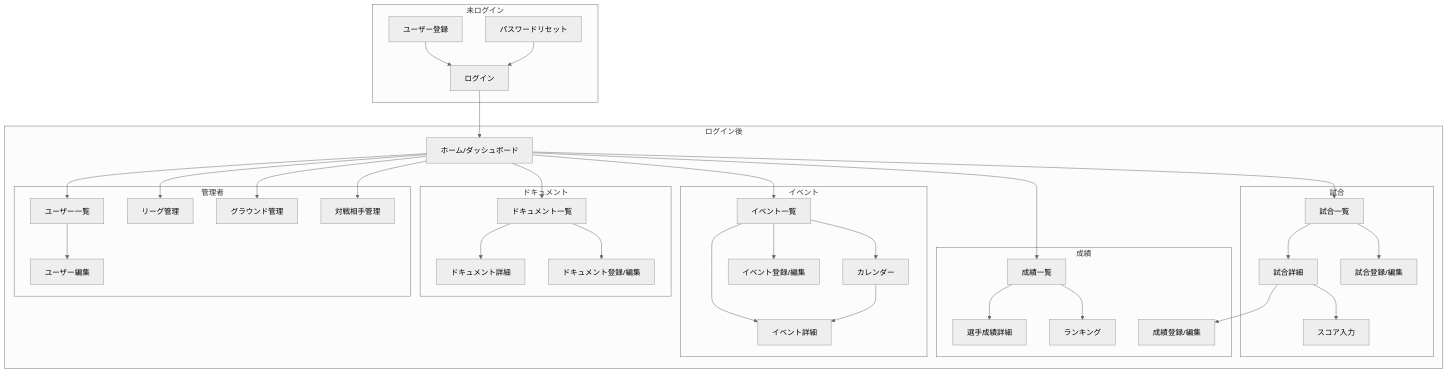
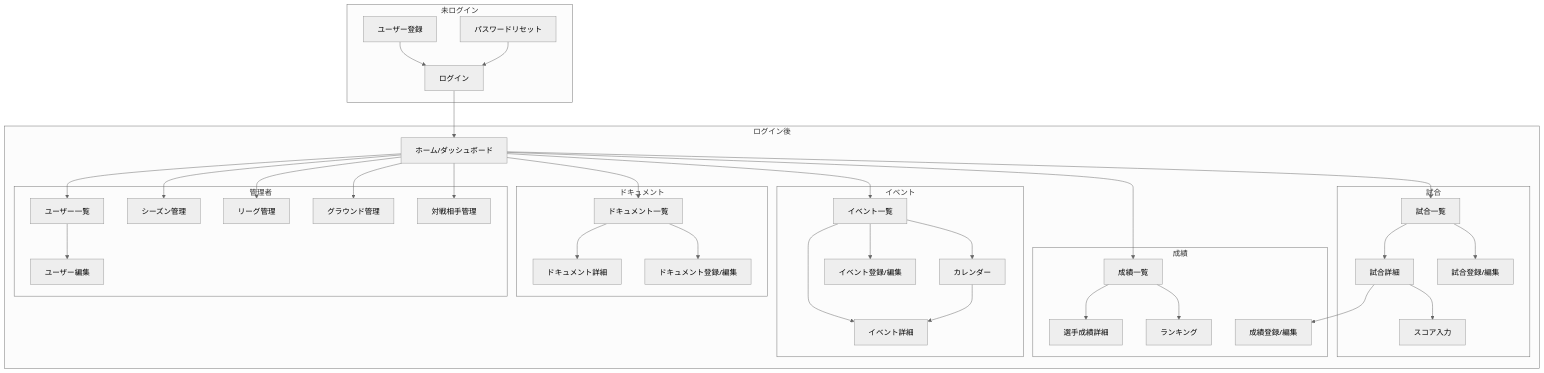
The third of 3 diagrams in docs/functional-design.md (keitaroutakahashi/albatross), drawn with Mermaid (neutral theme) before and after one commit. The commit also changed other lines of this file and 42 other files, not shown here.

````diff
--- a/docs/functional-design.md
+++ b/docs/functional-design.md
@@ -507,78 +508,80 @@
 ```mermaid
 graph TD
     subgraph Public["未ログイン"]
         Login[ログイン]
         Register[ユーザー登録]
         ForgotPassword[パスワードリセット]
     end
 
     subgraph Authenticated["ログイン後"]
         Home[ホーム/ダッシュボード]
 
         subgraph Games["試合"]
             GameList[試合一覧]
             GameDetail[試合詳細]
             GameForm[試合登録/編集]
             ScoreInput[スコア入力]
         end
 
         subgraph Stats["成績"]
             StatsList[成績一覧]
             PlayerStats[選手成績詳細]
             Ranking[ランキング]
             StatsForm[成績登録/編集]
         end
 
         subgraph Events["イベント"]
             EventList[イベント一覧]
             EventCalendar[カレンダー]
             EventDetail[イベント詳細]
             EventForm[イベント登録/編集]
         end
 
         subgraph Documents["ドキュメント"]
             DocList[ドキュメント一覧]
             DocDetail[ドキュメント詳細]
             DocForm[ドキュメント登録/編集]
         end
 
         subgraph Admin["管理者"]
             UserList[ユーザー一覧]
             UserEdit[ユーザー編集]
+            MasterSeason[シーズン管理]
             MasterLeague[リーグ管理]
             MasterGround[グラウンド管理]
             MasterTeam[対戦相手管理]
         end
     end
 
     Login --> Home
     Register --> Login
     ForgotPassword --> Login
 
     Home --> GameList
     Home --> StatsList
     Home --> EventList
     Home --> DocList
 
     GameList --> GameDetail
     GameList --> GameForm
     GameDetail --> ScoreInput
     GameDetail --> StatsForm
 
     StatsList --> PlayerStats
     StatsList --> Ranking
 
     EventList --> EventDetail
     EventList --> EventForm
     EventList --> EventCalendar
     EventCalendar --> EventDetail
 
     DocList --> DocDetail
     DocList --> DocForm
 
     Home --> UserList
     UserList --> UserEdit
+    Home --> MasterSeason
     Home --> MasterLeague
     Home --> MasterGround
     Home --> MasterTeam
 ```
````
